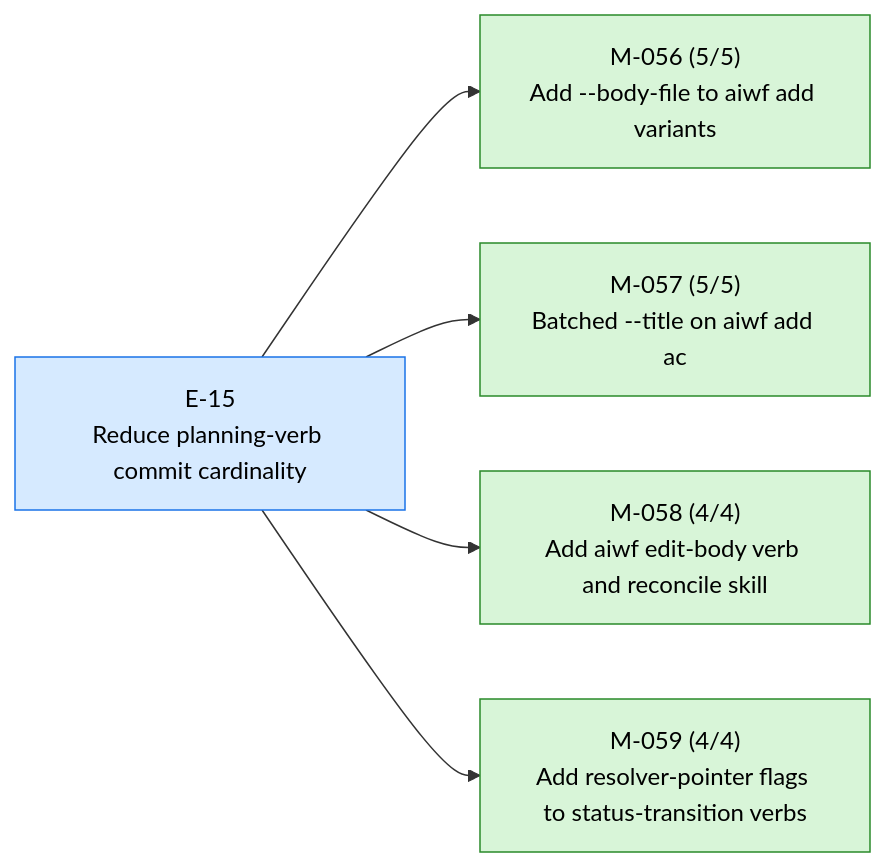
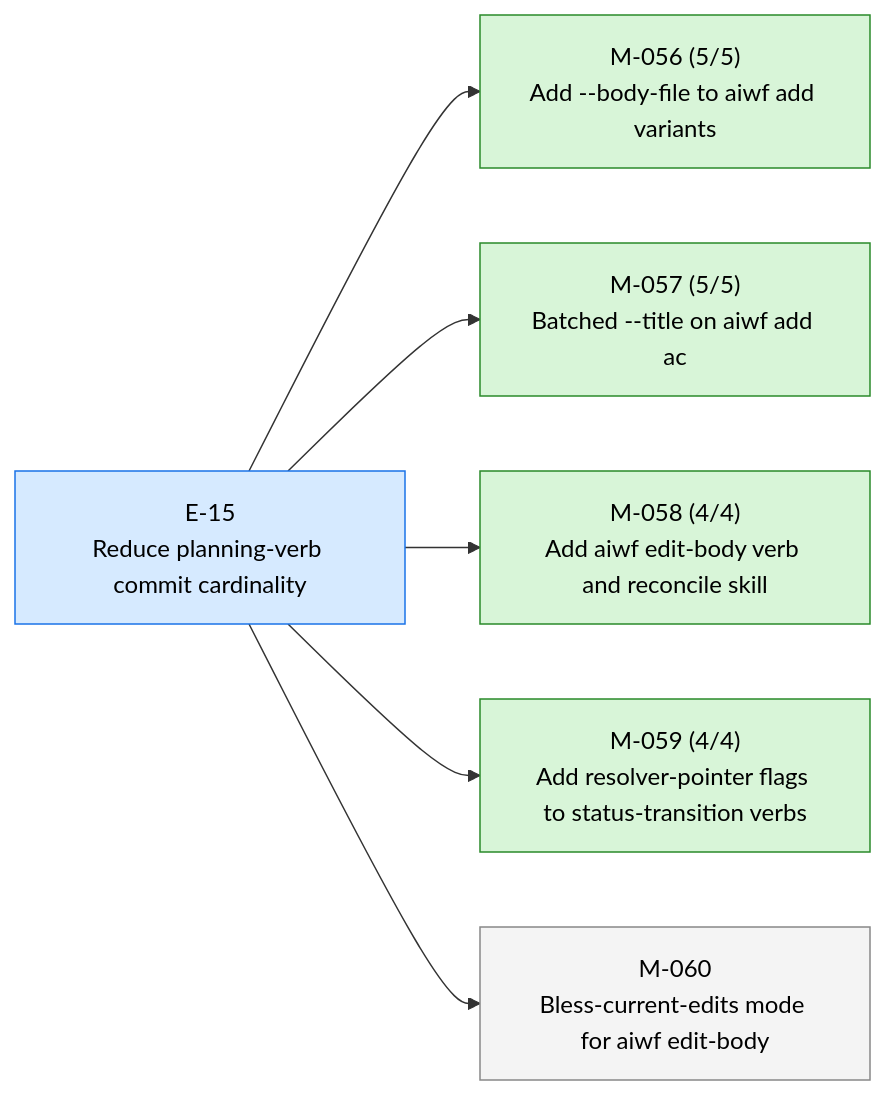
The first of 3 diagrams in STATUS.md (23min/aiwf), drawn with Mermaid before and after one commit. The commit also changed other lines of this file and 1 other file, not shown here.

First line of the commit message:
aiwf add milestone M-060 "Bless-current-edits mode for aiwf edit-body"

````diff
--- a/STATUS.md
+++ b/STATUS.md
@@ -14,18 +15,20 @@
 ```mermaid
 flowchart LR
   E_15["E-15<br/>Reduce planning-verb commit cardinality"]:::epic_active
   M_056["M-056 (5/5)<br/>Add --body-file to aiwf add variants"]:::ms_done
   E_15 --> M_056
   M_057["M-057 (5/5)<br/>Batched --title on aiwf add ac"]:::ms_done
   E_15 --> M_057
   M_058["M-058 (4/4)<br/>Add aiwf edit-body verb and reconcile skill"]:::ms_done
   E_15 --> M_058
   M_059["M-059 (4/4)<br/>Add resolver-pointer flags to status-transition verbs"]:::ms_done
   E_15 --> M_059
+  M_060["M-060<br/>Bless-current-edits mode for aiwf edit-body"]:::ms_draft
+  E_15 --> M_060
   classDef epic_active fill:#d6eaff,stroke:#1a73e8,color:#000
   classDef epic_proposed fill:#f4f4f4,stroke:#888,color:#000
   classDef ms_done fill:#d8f5d8,stroke:#2a8a2a,color:#000
   classDef ms_in_progress fill:#fff3c4,stroke:#caa400,color:#000
   classDef ms_draft fill:#f4f4f4,stroke:#888,color:#000
   classDef ms_cancelled fill:#fbeaea,stroke:#c33,color:#000
 ```
````
